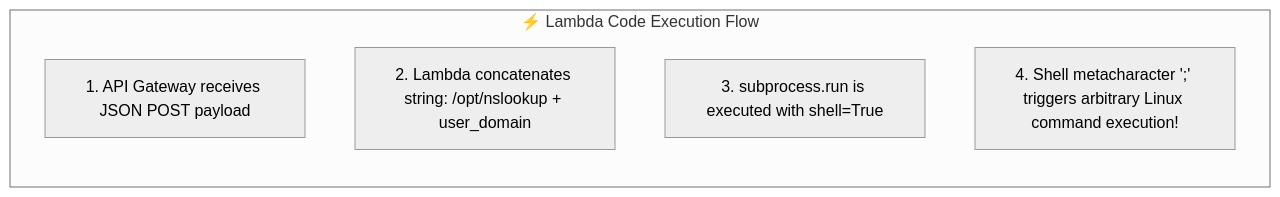
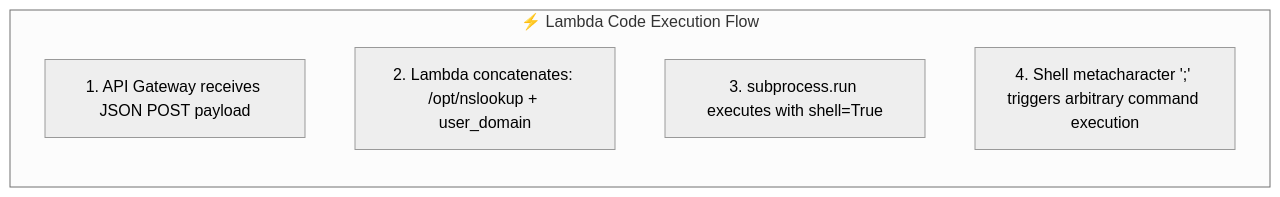
The second of 2 diagrams in cloud-escape/Stage_1_Have_Some_Faith.md (FREECANDY-DEV/MAFAT-2026), drawn with Mermaid (neutral theme) before and after one commit. The commit also changed other lines of this file and 6 other files, not shown here.

````diff
--- a/cloud-escape/Stage_1_Have_Some_Faith.md
+++ b/cloud-escape/Stage_1_Have_Some_Faith.md
@@ -226,10 +409,10 @@
 ```mermaid
 flowchart LR
     subgraph Lambda_Execution ["⚡ Lambda Code Execution Flow"]
         direction TB
         I1["1. API Gateway receives JSON POST payload"]
-        I2["2. Lambda concatenates string: /opt/nslookup + user_domain"]
-        I3["3. subprocess.run is executed with shell=True"]
-        I4["4. Shell metacharacter ';' triggers arbitrary Linux command execution!"]
+        I2["2. Lambda concatenates: /opt/nslookup + user_domain"]
+        I3["3. subprocess.run executes with shell=True"]
+        I4["4. Shell metacharacter ';' triggers arbitrary command execution"]
     end
 ```
````
